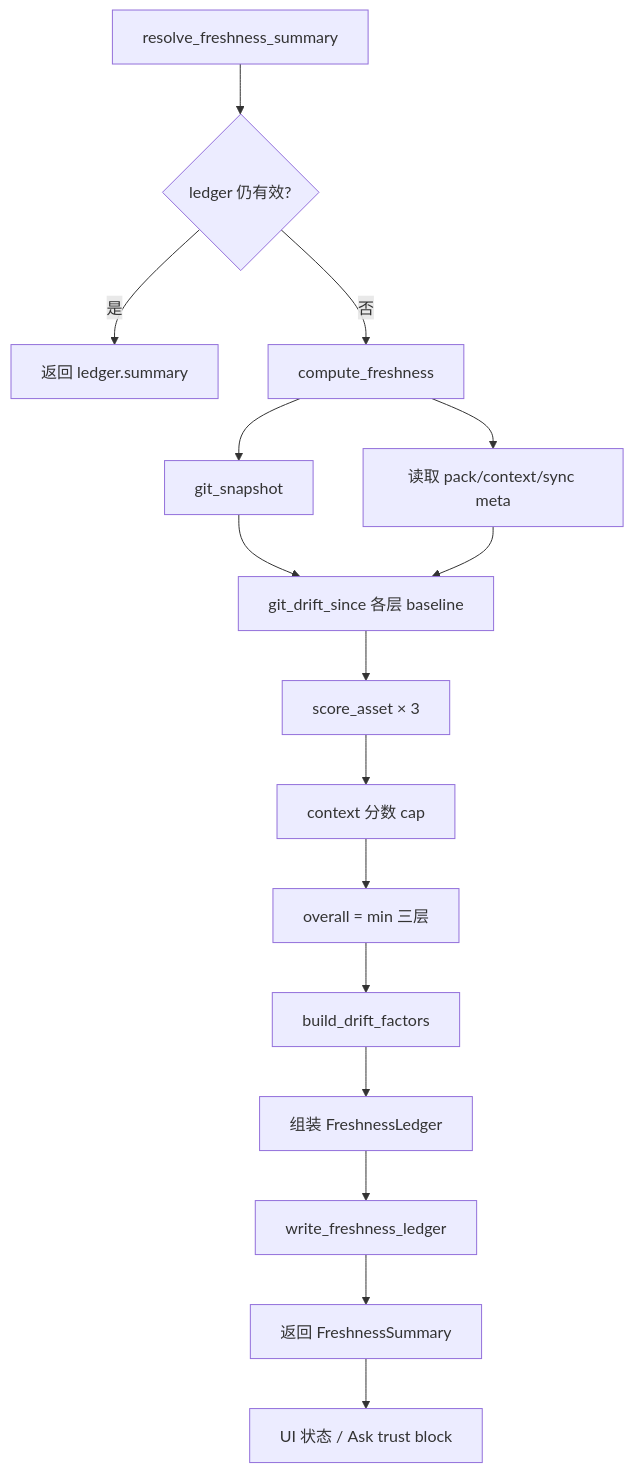
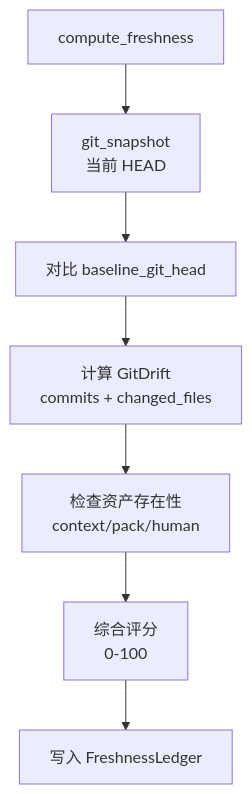
One commit to sopaco/terrain changed the diagram in .terrain/human/4.Deep-Exploration/新鲜度追踪.md. Above: the diagram before and after it, drawn with Mermaid. The commit also changed other lines of this file and 79 other files, not shown here.

````diff
--- a/.terrain/human/4.Deep-Exploration/新鲜度追踪.md
+++ b/.terrain/human/4.Deep-Exploration/新鲜度追踪.md
@@ -48,18 +35,9 @@
 ```mermaid
 flowchart TD
-    A["resolve_freshness_summary"] --> B{ledger 仍有效?}
-    B -->|是| C["返回 ledger.summary"]
-    B -->|否| D["compute_freshness"]
-    D --> E["git_snapshot"]
-    D --> F["读取 pack/context/sync meta"]
-    E --> G["git_drift_since 各层 baseline"]
-    F --> G
-    G --> H["score_asset × 3"]
-    H --> I["context 分数 cap"]
-    I --> J["overall = min 三层"]
-    J --> K["build_drift_factors"]
-    K --> L["组装 FreshnessLedger"]
-    L --> M["write_freshness_ledger"]
-    M --> N["返回 FreshnessSummary"]
-    N --> O["UI 状态 / Ask trust block"]
+    A["compute_freshness"] --> B["git_snapshot<br/>当前 HEAD"]
+    B --> C["对比 baseline_git_head"]
+    C --> D["计算 GitDrift<br/>commits + changed_files"]
+    D --> E["检查资产存在性<br/>context/pack/human"]
+    E --> F["综合评分<br/>0-100"]
+    F --> G["写入 FreshnessLedger"]
 ```
````
